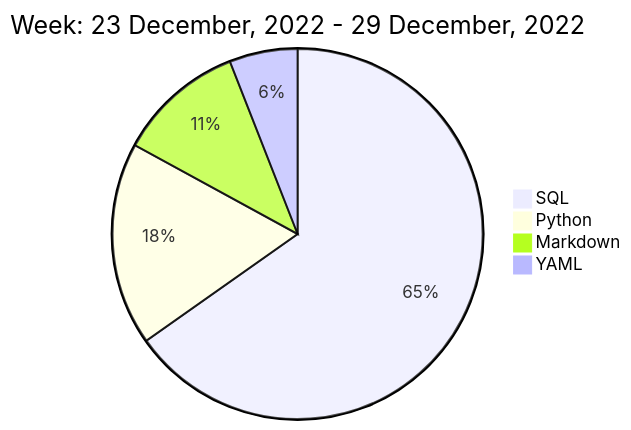
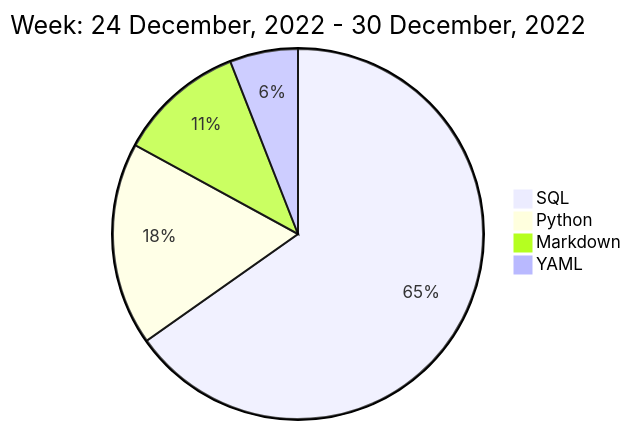
The diagram in README.md (liubin95/liubin95), drawn with Mermaid before and after one commit.

Commit message:
Updated the Graph with new Metrics

````diff
--- a/README.md
+++ b/README.md
@@ -40,8 +40,8 @@
 ```mermaid
  pie
-title Week: 23 December, 2022 - 29 December, 2022
+title Week: 24 December, 2022 - 30 December, 2022
  "SQL" : 5.7
  "Python" : 1.55
  "Markdown" : 0.97
  "YAML" : 0.52
 ```
````
